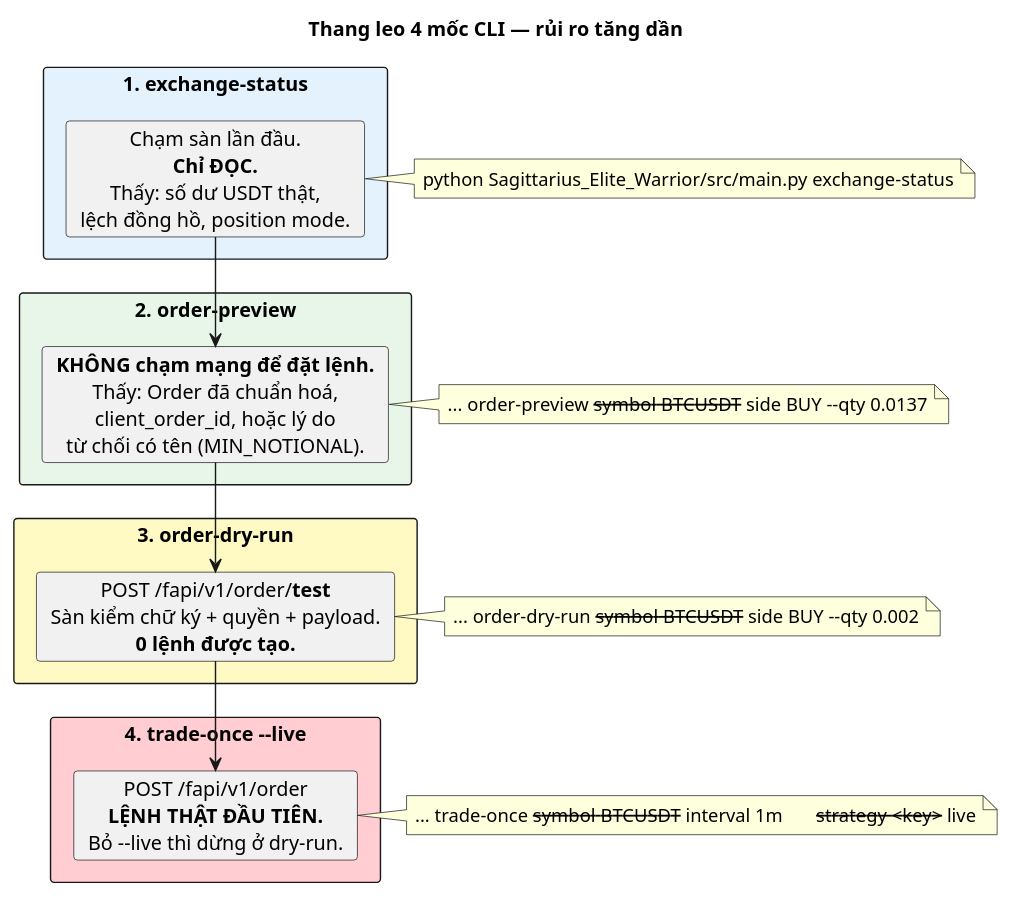
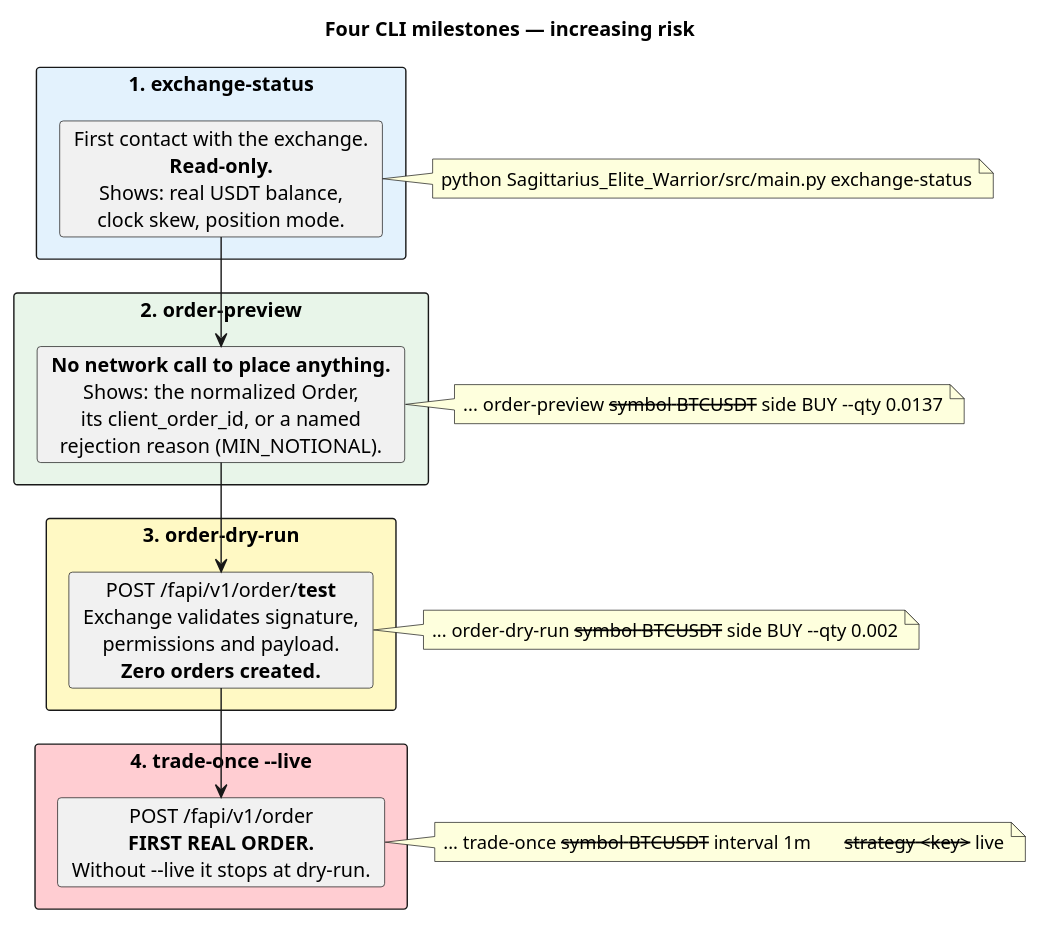
One commit to anhembedded/Sagittarius_Elite_Warrior changed the ninth of 10 diagrams in Tasks/epics/EPIC-021_ket_noi_binance_futures_testnet/KNOWLEDGE_TRANSFER_tu_0_den_hero.md. Above: the diagram before and after it, drawn with PlantUML. The commit also changed other lines of this file and 1 other file, not shown here.

````diff
--- a/Tasks/epics/EPIC-021_ket_noi_binance_futures_testnet/KNOWLEDGE_TRANSFER_tu_0_den_hero.md
+++ b/Tasks/epics/EPIC-021_ket_noi_binance_futures_testnet/KNOWLEDGE_TRANSFER_tu_0_den_hero.md
@@ -848,39 +845,39 @@
 ```plantuml
 @startuml KT09_cli_ladder
-title Thang leo 4 mốc CLI — rủi ro tăng dần
+title Four CLI milestones — increasing risk
 
 skinparam defaultTextAlignment center
 
 rectangle "1. exchange-status" #E3F2FD {
-  card "Chạm sàn lần đầu.\n**Chỉ ĐỌC.**\nThấy: số dư USDT thật,\nlệch đồng hồ, position mode." as A
+  card "First contact with the exchange.\n**Read-only.**\nShows: real USDT balance,\nclock skew, position mode." as A
 }
 rectangle "2. order-preview" #E8F5E9 {
-  card "**KHÔNG chạm mạng để đặt lệnh.**\nThấy: Order đã chuẩn hoá,\nclient_order_id, hoặc lý do\ntừ chối có tên (MIN_NOTIONAL)." as B
+  card "**No network call to place anything.**\nShows: the normalized Order,\nits client_order_id, or a named\nrejection reason (MIN_NOTIONAL)." as B
 }
 rectangle "3. order-dry-run" #FFF9C4 {
-  card "POST /fapi/v1/order/**test**\nSàn kiểm chữ ký + quyền + payload.\n**0 lệnh được tạo.**" as C
+  card "POST /fapi/v1/order/**test**\nExchange validates signature,\npermissions and payload.\n**Zero orders created.**" as C
 }
 rectangle "4. trade-once --live" #FFCDD2 {
-  card "POST /fapi/v1/order\n**LỆNH THẬT ĐẦU TIÊN.**\nBỏ --live thì dừng ở dry-run." as D
+  card "POST /fapi/v1/order\n**FIRST REAL ORDER.**\nWithout --live it stops at dry-run." as D
 }
 
 A -down-> B
 B -down-> C
 C -down-> D
 
 note right of A
   python Sagittarius_Elite_Warrior/src/main.py exchange-status
 end note
 note right of B
   ... order-preview --symbol BTCUSDT --side BUY --qty 0.0137
 end note
 note right of C
   ... order-dry-run --symbol BTCUSDT --side BUY --qty 0.002
 end note
 note right of D
   ... trade-once --symbol BTCUSDT --interval 1m \
       --strategy <key> --live
 end note
 
 @enduml
 ```
````
